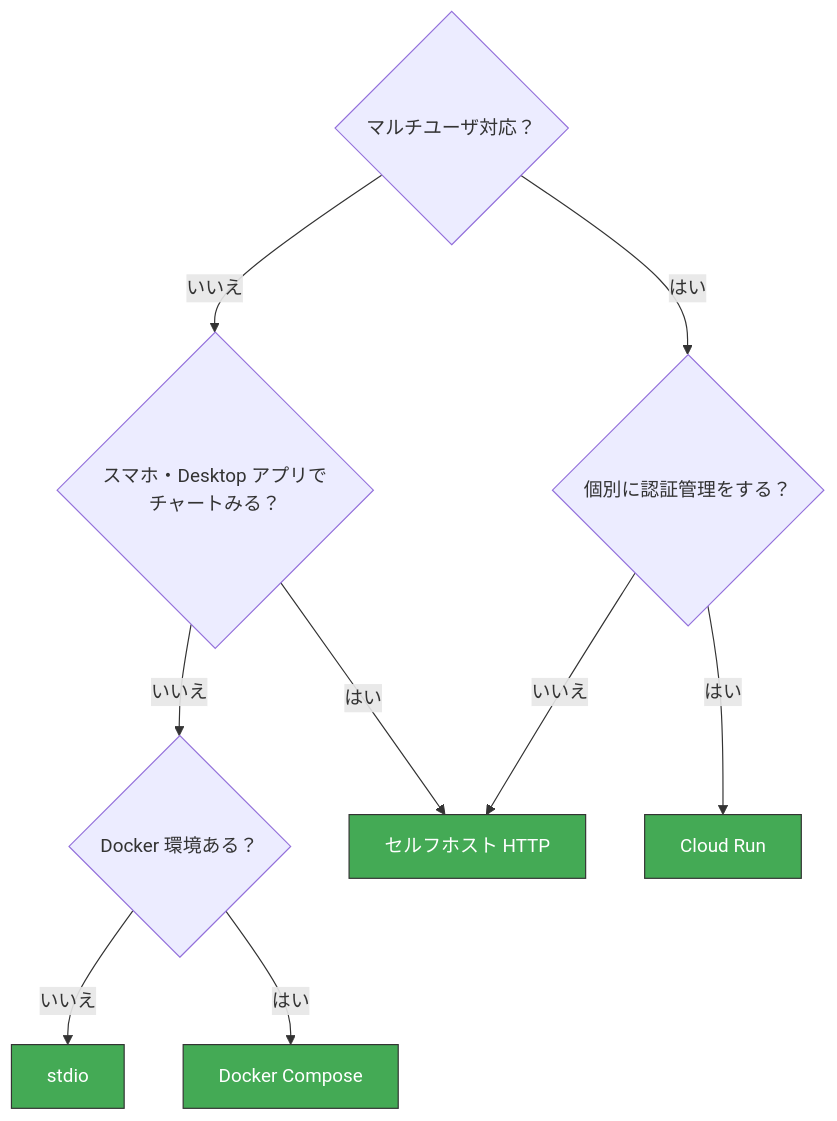
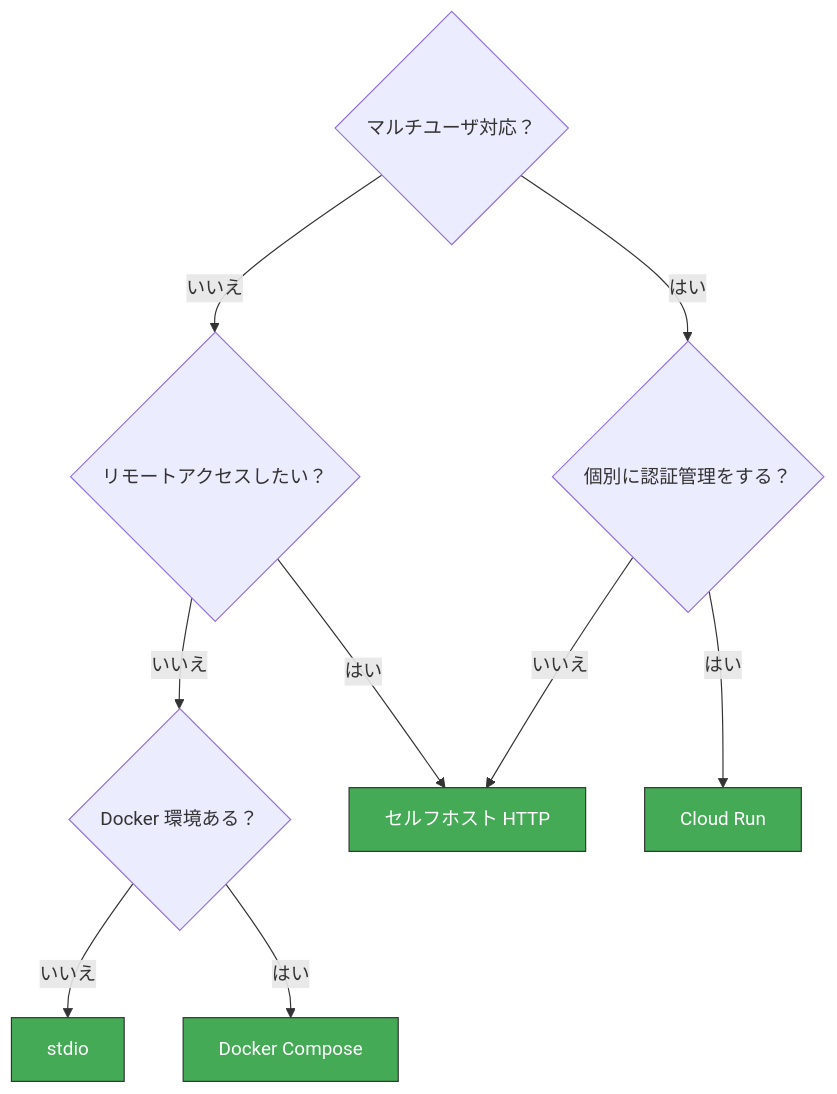
The first of 5 diagrams in docs/deploy/README.ja.md (shigechika/jquants-mcp), drawn with Mermaid before and after one commit. The commit also changed 1 other file, not shown here.

Commit message:
docs: simplify Q2 label to 'Need remote access?' / 'リモートアクセスしたい？'

````diff
--- a/docs/deploy/README.ja.md
+++ b/docs/deploy/README.ja.md
@@ -14,20 +14,20 @@
 ```mermaid
 flowchart TD
     Q1{"マルチユーザ対応？"}
-    Q1 -->|いいえ| Q2{"スマホ・Desktop アプリで<br/>チャートみる？"}
+    Q1 -->|いいえ| Q2{"リモートアクセスしたい？"}
     Q1 -->|はい| Q3{"個別に認証管理をする？"}
 
     Q2 -->|いいえ| Q4{"Docker 環境ある？"}
     Q2 -->|はい| R3["セルフホスト HTTP"]
 
     Q4 -->|いいえ| R2["stdio"]
     Q4 -->|はい| R1["Docker Compose"]
 
     Q3 -->|いいえ| R3
     Q3 -->|はい| R4["Cloud Run"]
 
     style R1 fill:#4a5,stroke:#333,color:#fff
     style R2 fill:#4a5,stroke:#333,color:#fff
     style R3 fill:#4a5,stroke:#333,color:#fff
     style R4 fill:#4a5,stroke:#333,color:#fff
 ```
````
